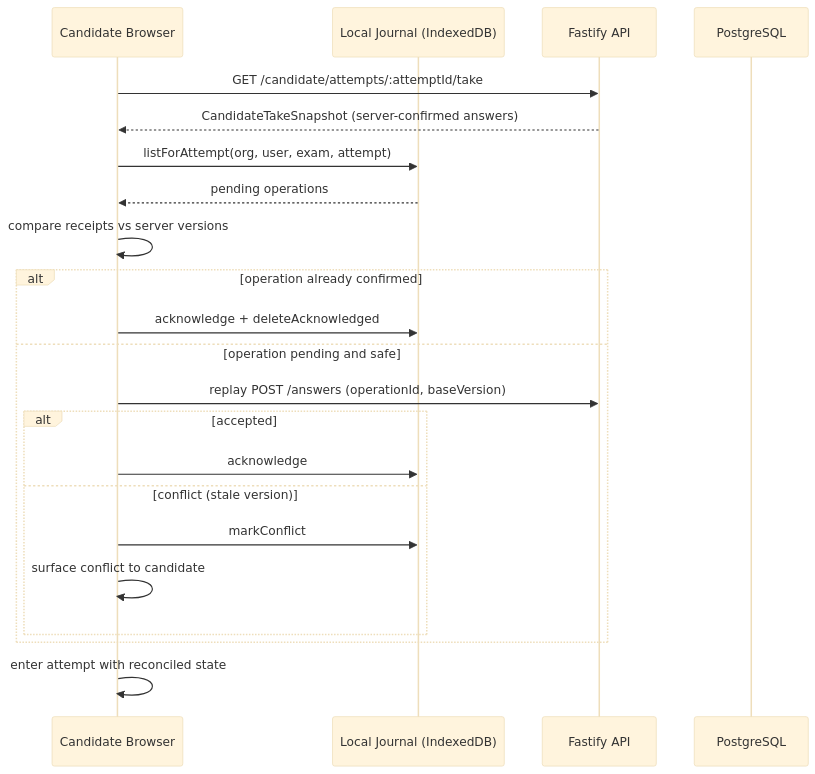
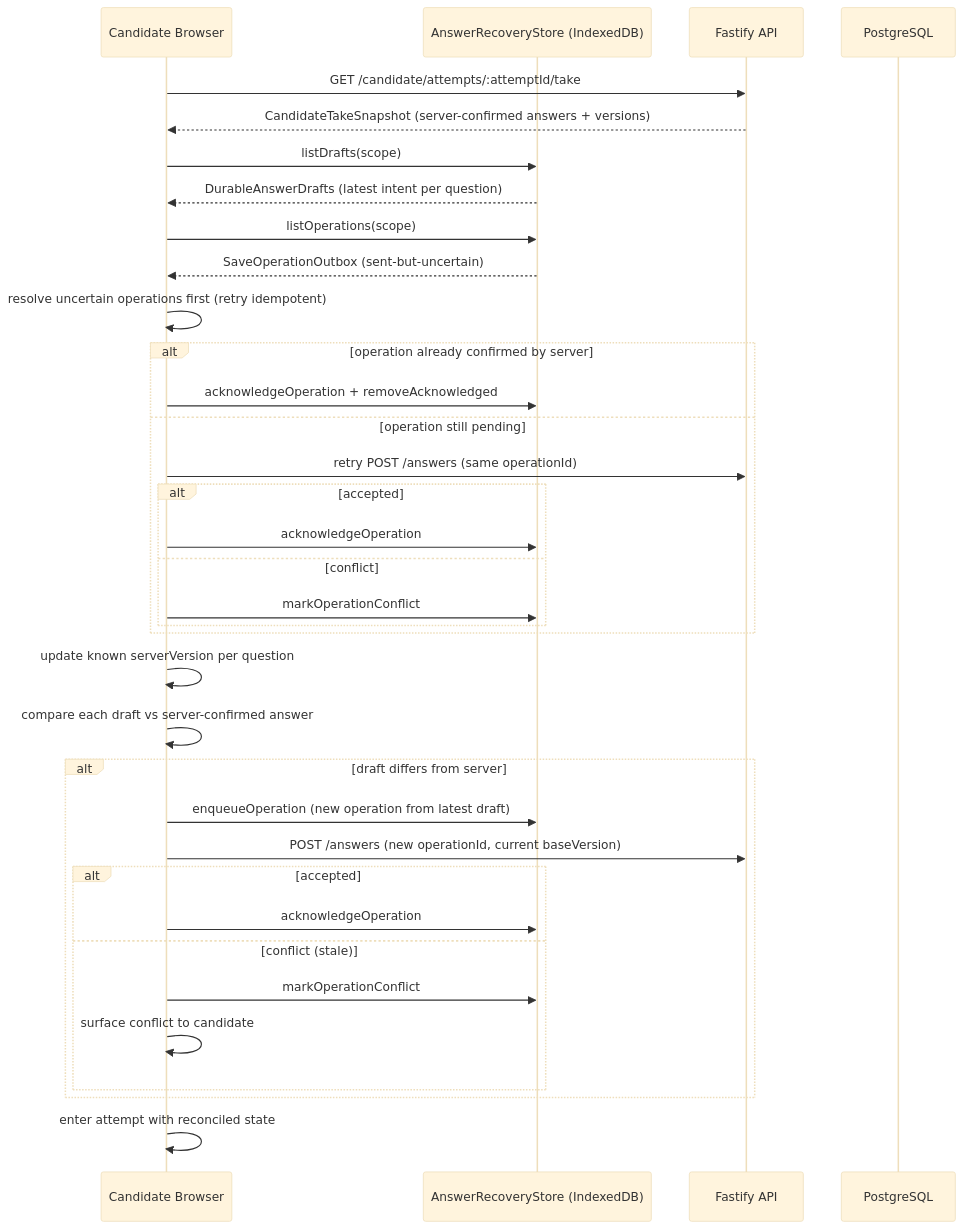
One commit to jnhu76/exam changed the third of 7 diagrams in docs/architecture/exam-system/candidate-recovery.md. Above: the diagram before and after it, drawn with Mermaid (base theme). The commit also changed other lines of this file and 4 other files, not shown here.

First line of the commit message:
docs(recovery): align Write Ordering, interface, diagrams with DurableAnswerDraft+Outbox model

````diff
--- a/docs/architecture/exam-system/candidate-recovery.md
+++ b/docs/architecture/exam-system/candidate-recovery.md
@@ -60,25 +60,38 @@
 ```mermaid
 sequenceDiagram
     participant C as Candidate Browser
-    participant J as Local Journal (IndexedDB)
+    participant J as AnswerRecoveryStore (IndexedDB)
     participant API as Fastify API
     participant DB as PostgreSQL
 
     C->>API: GET /candidate/attempts/:attemptId/take
-    API-->>C: CandidateTakeSnapshot (server-confirmed answers)
-    C->>J: listForAttempt(org, user, exam, attempt)
-    J-->>C: pending operations
-    C->>C: compare receipts vs server versions
-    alt operation already confirmed
-        C->>J: acknowledge + deleteAcknowledged
-    else operation pending and safe
-        C->>API: replay POST /answers (operationId, baseVersion)
+    API-->>C: CandidateTakeSnapshot (server-confirmed answers + versions)
+    C->>J: listDrafts(scope)
+    J-->>C: DurableAnswerDrafts (latest intent per question)
+    C->>J: listOperations(scope)
+    J-->>C: SaveOperationOutbox (sent-but-uncertain)
+    C->>C: resolve uncertain operations first (retry idempotent)
+    alt operation already confirmed by server
+        C->>J: acknowledgeOperation + removeAcknowledged
+    else operation still pending
+        C->>API: retry POST /answers (same operationId)
         alt accepted
-            C->>J: acknowledge
-        else conflict (stale version)
-            C->>J: markConflict
+            C->>J: acknowledgeOperation
+        else conflict
+            C->>J: markOperationConflict
+        end
+    end
+    C->>C: update known serverVersion per question
+    C->>C: compare each draft vs server-confirmed answer
+    alt draft differs from server
+        C->>J: enqueueOperation (new operation from latest draft)
+        C->>API: POST /answers (new operationId, current baseVersion)
+        alt accepted
+            C->>J: acknowledgeOperation
+        else conflict (stale)
+            C->>J: markOperationConflict
             C->>C: surface conflict to candidate
         end
     end
     C->>C: enter attempt with reconciled state
 ```
````
